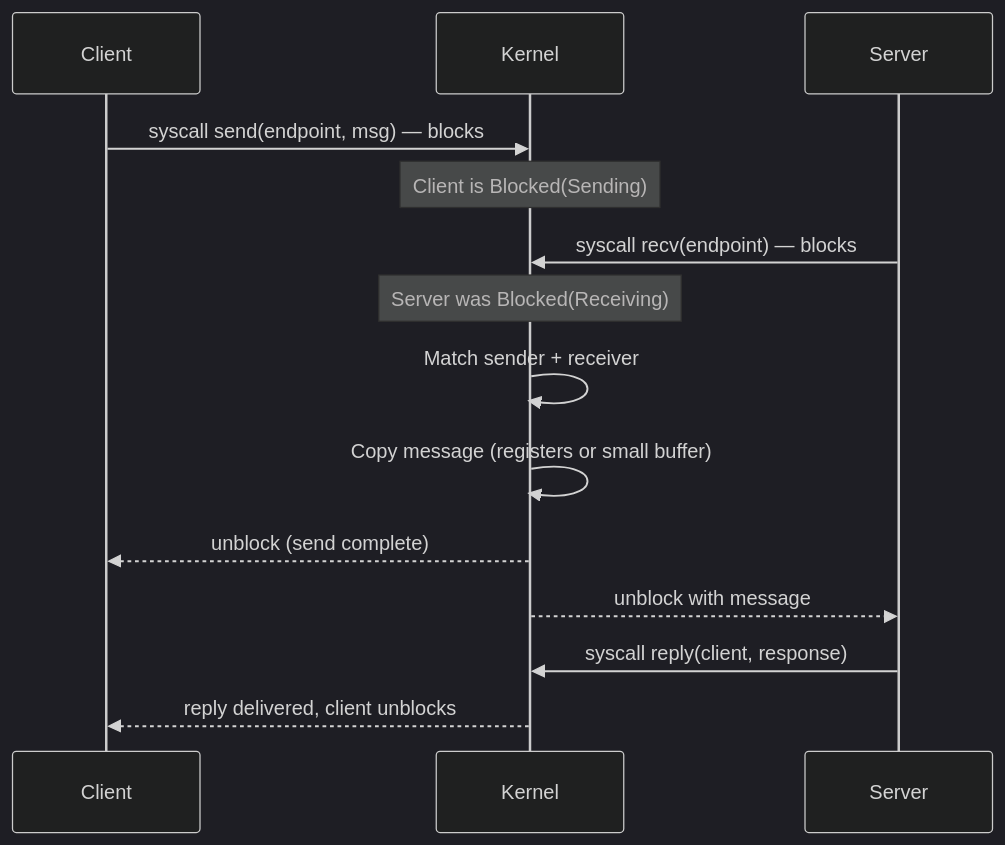
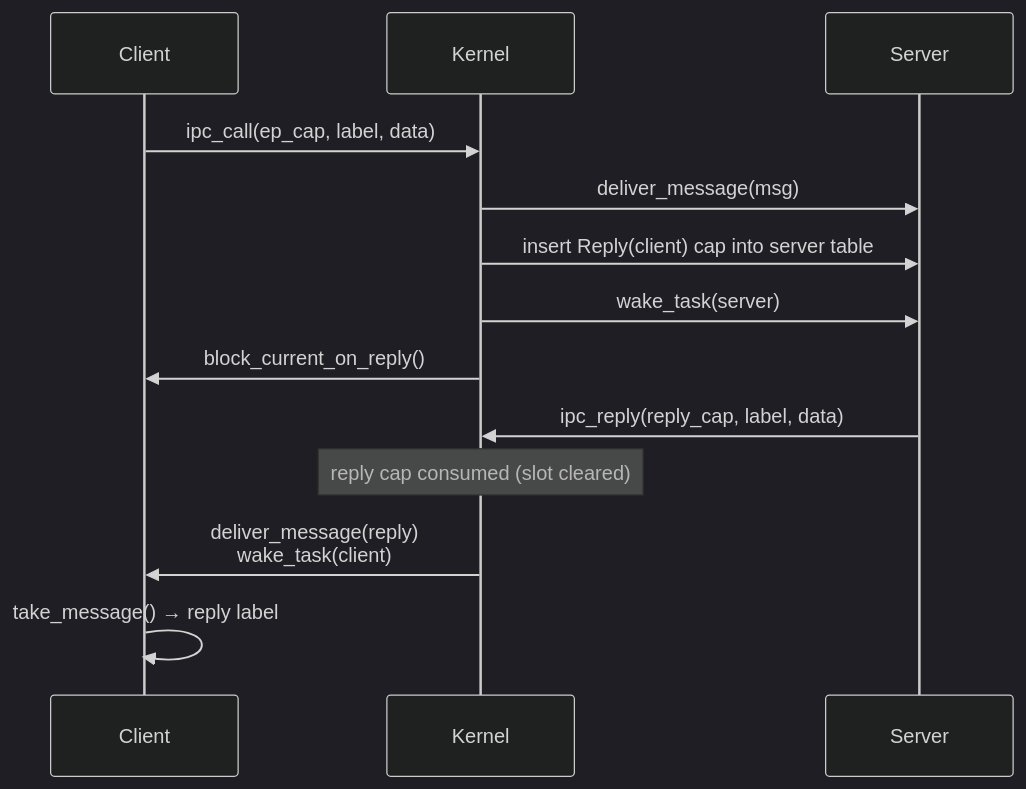
One commit to mikecubed/m3OS changed the third of 8 diagrams in docs/06-ipc.md. Above: the diagram before and after it, drawn with Mermaid (dark theme). The commit also changed other lines of this file and 61 other files, not shown here.

````diff
--- a/docs/06-ipc.md
+++ b/docs/06-ipc.md
@@ -69,17 +228,17 @@
 ```mermaid
 sequenceDiagram
     participant Client
     participant Kernel
     participant Server
 
-    Client->>Kernel: syscall send(endpoint, msg) — blocks
-    Note over Kernel: Client is Blocked(Sending)
-    Server->>Kernel: syscall recv(endpoint) — blocks
-    Note over Kernel: Server was Blocked(Receiving)
-    Kernel->>Kernel: Match sender + receiver
-    Kernel->>Kernel: Copy message (registers or small buffer)
-    Kernel-->>Client: unblock (send complete)
-    Kernel-->>Server: unblock with message
-    Server->>Kernel: syscall reply(client, response)
-    Kernel-->>Client: reply delivered, client unblocks
+    Client->>Kernel: ipc_call(ep_cap, label, data)
+    Kernel->>Server: deliver_message(msg)
+    Kernel->>Server: insert Reply(client) cap into server table
+    Kernel->>Server: wake_task(server)
+    Kernel->>Client: block_current_on_reply()
+
+    Server->>Kernel: ipc_reply(reply_cap, label, data)
+    Note over Kernel: reply cap consumed (slot cleared)
+    Kernel->>Client: deliver_message(reply)<br/>wake_task(client)
+    Client->>Client: take_message() → reply label
 ```
````
